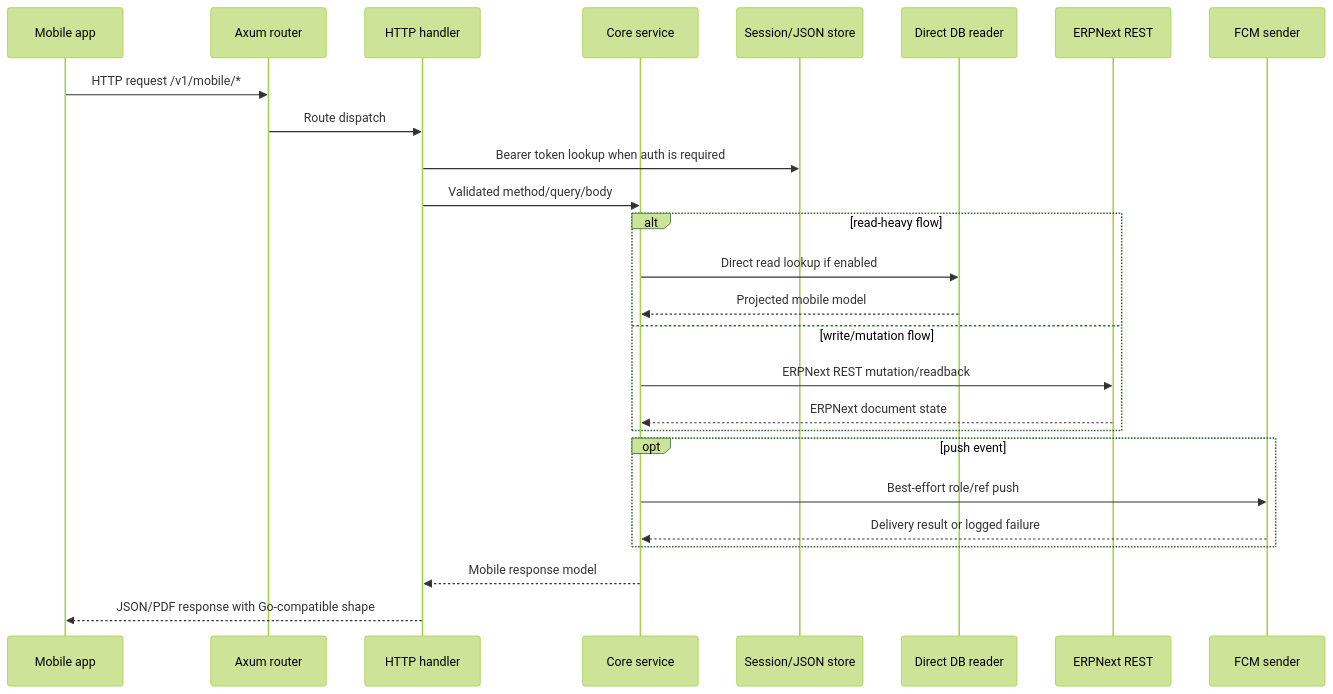
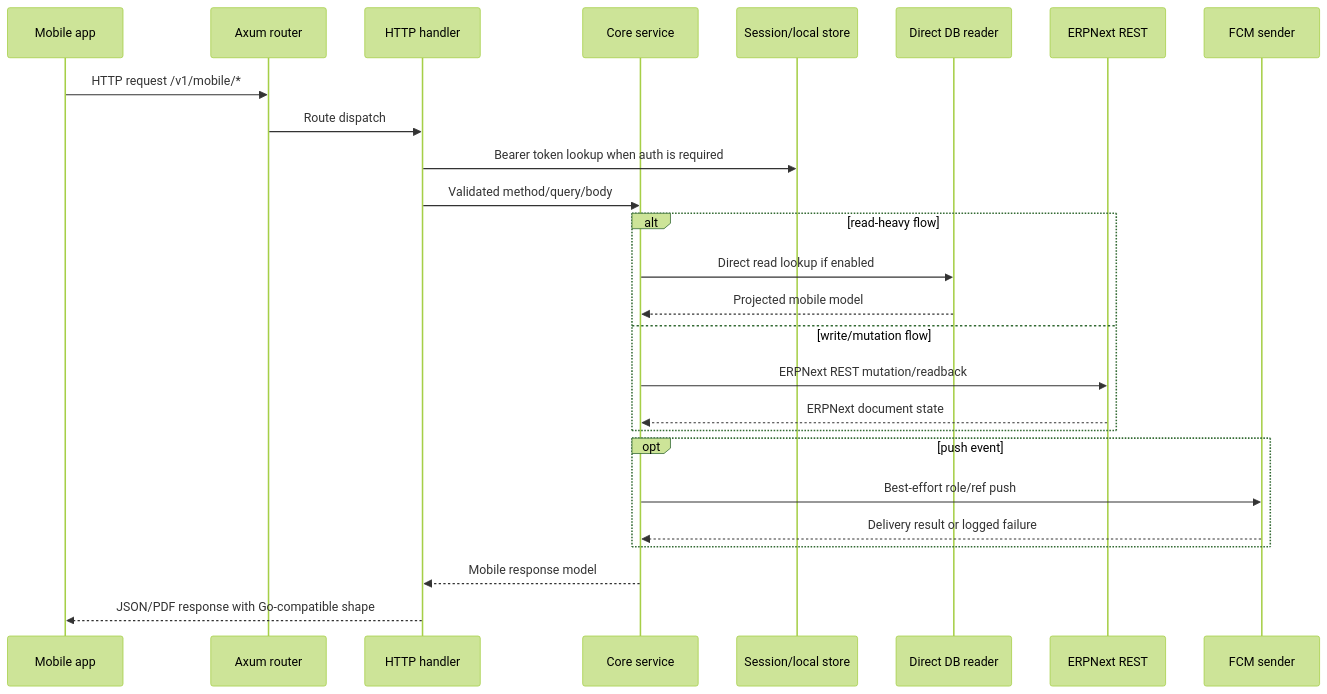
One commit to accord-erp-automation/accord_mobile_server_rs changed the second of 2 diagrams in README.md. Above: the diagram before and after it, drawn with Mermaid (forest theme). The commit also changed other lines of this file, not shown here.

````diff
--- a/README.md
+++ b/README.md
@@ -111,29 +145,29 @@
 ```mermaid
 sequenceDiagram
     participant App as Mobile app
     participant Router as Axum router
     participant Handler as HTTP handler
     participant Domain as Core service
-    participant Store as Session/JSON store
+    participant Store as Session/local store
     participant DB as Direct DB reader
     participant ERP as ERPNext REST
     participant Push as FCM sender
 
     App->>Router: HTTP request /v1/mobile/*
     Router->>Handler: Route dispatch
     Handler->>Store: Bearer token lookup when auth is required
     Handler->>Domain: Validated method/query/body
     alt read-heavy flow
         Domain->>DB: Direct read lookup if enabled
         DB-->>Domain: Projected mobile model
     else write/mutation flow
         Domain->>ERP: ERPNext REST mutation/readback
         ERP-->>Domain: ERPNext document state
     end
     opt push event
         Domain->>Push: Best-effort role/ref push
         Push-->>Domain: Delivery result or logged failure
     end
     Domain-->>Handler: Mobile response model
     Handler-->>App: JSON/PDF response with Go-compatible shape
 ```
````
